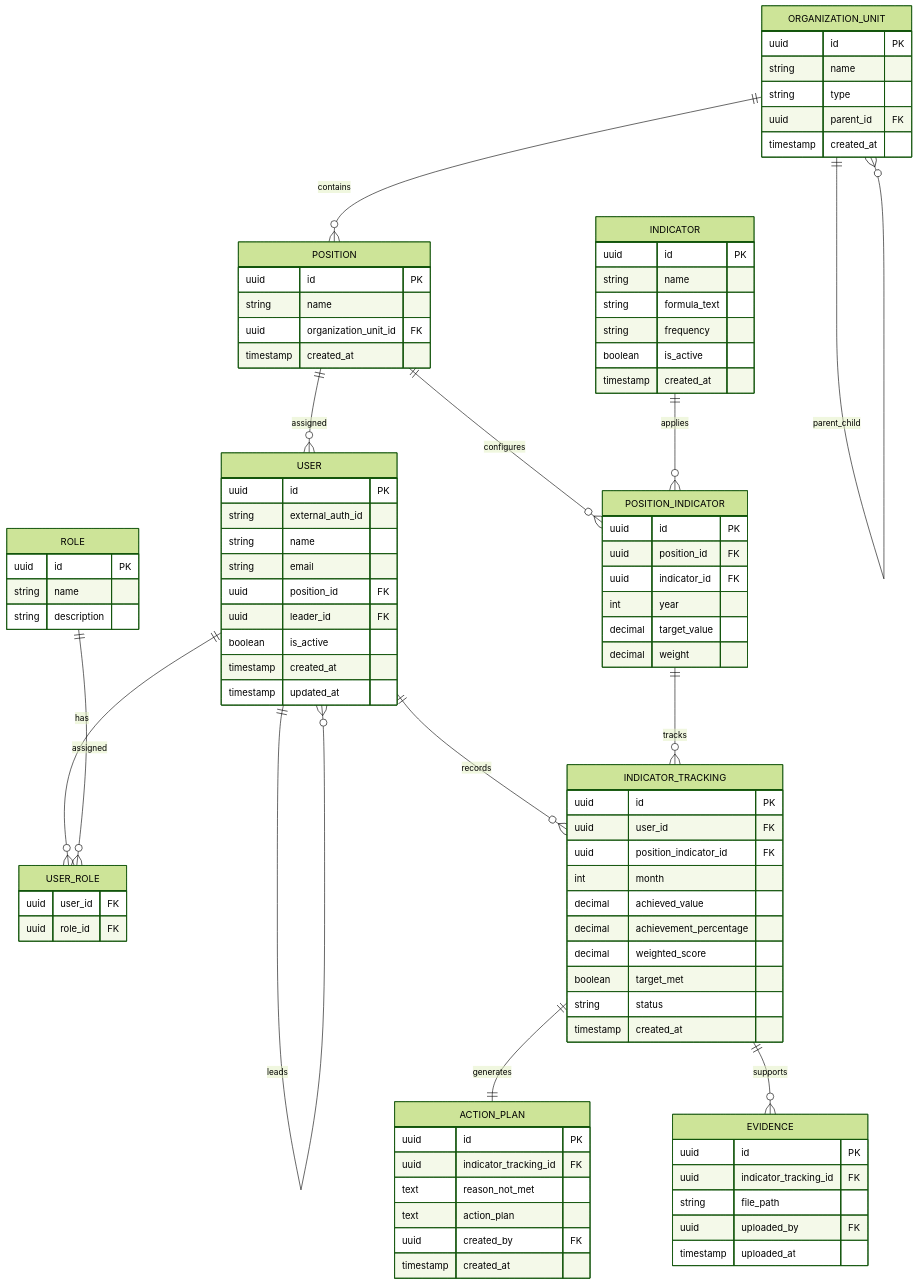
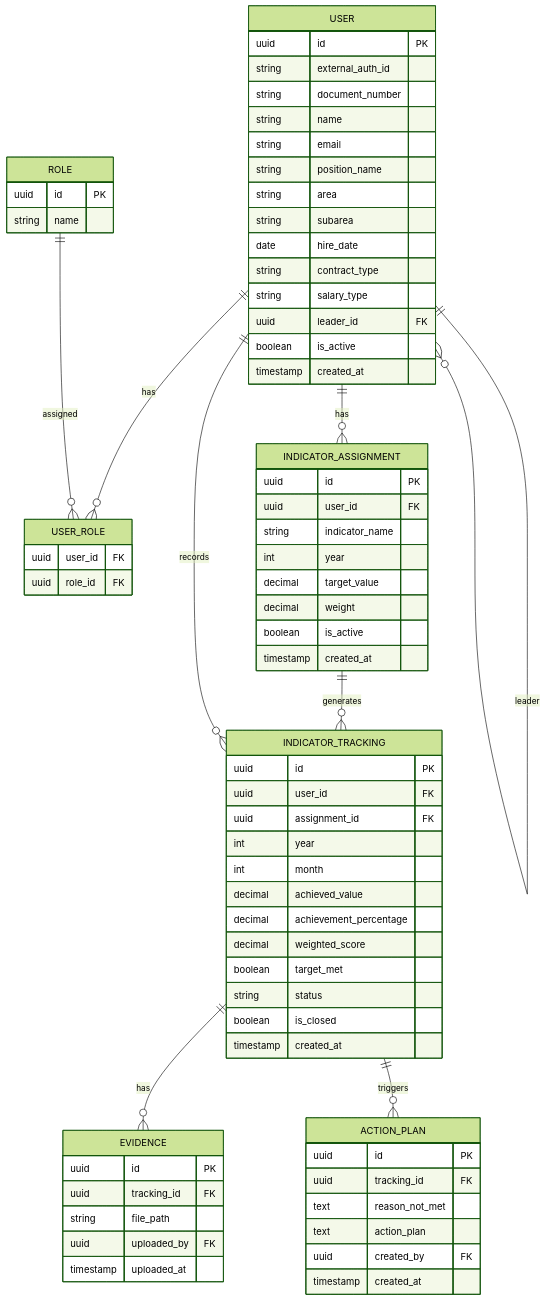
Before and after one commit to ImpreCode1/Plataforma-de-productividad: the diagram in erDiagram.mmd, drawn with Mermaid (forest theme). The commit also changed 28 other files, not shown here.

```diff
--- a/erDiagram.mmd
+++ b/erDiagram.mmd
@@ -1,104 +1,91 @@
 erDiagram
-
-    ORGANIZATION_UNIT {
-        uuid id PK
-        string name
-        string type
-        uuid parent_id FK
-        timestamp created_at
-    }
-
-    POSITION {
-        uuid id PK
-        string name
-        uuid organization_unit_id FK
-        timestamp created_at
-    }
 
     USER {
         uuid id PK
         string external_auth_id
+        string document_number
         string name
         string email
-        uuid position_id FK
+
+        string position_name
+        string area
+        string subarea
+
+        date hire_date
+        string contract_type
+        string salary_type
+
         uuid leader_id FK
+
         boolean is_active
         timestamp created_at
-        timestamp updated_at
     }
 
     ROLE {
         uuid id PK
         string name
-        string description
     }
 
     USER_ROLE {
         uuid user_id FK
         uuid role_id FK
     }
 
-    INDICATOR {
+    INDICATOR_ASSIGNMENT {
         uuid id PK
-        string name
-        string formula_text
-        string frequency
-        boolean is_active
-        timestamp created_at
-    }
-
-    POSITION_INDICATOR {
-        uuid id PK
-        uuid position_id FK
-        uuid indicator_id FK
+        uuid user_id FK
+        string indicator_name
         int year
         decimal target_value
         decimal weight
+        boolean is_active
+        timestamp created_at
     }
 
     INDICATOR_TRACKING {
         uuid id PK
         uuid user_id FK
-        uuid position_indicator_id FK
+        uuid assignment_id FK
+        int year
         int month
+
         decimal achieved_value
         decimal achievement_percentage
         decimal weighted_score
+
         boolean target_met
         string status
+        boolean is_closed
+
         timestamp created_at
+    }
+
+    EVIDENCE {
+        uuid id PK
+        uuid tracking_id FK
+        string file_path
+        uuid uploaded_by FK
+        timestamp uploaded_at
     }
 
     ACTION_PLAN {
         uuid id PK
-        uuid indicator_tracking_id FK
+        uuid tracking_id FK
         text reason_not_met
         text action_plan
         uuid created_by FK
         timestamp created_at
     }
 
-    EVIDENCE {
-        uuid id PK
-        uuid indicator_tracking_id FK
-        string file_path
-        uuid uploaded_by FK
-        timestamp uploaded_at
-    }
-
-    ORGANIZATION_UNIT ||--o{ ORGANIZATION_UNIT : parent_child
-    ORGANIZATION_UNIT ||--o{ POSITION : contains
-    POSITION ||--o{ USER : assigned
-    USER ||--o{ USER : leads
+    USER ||--o{ USER : leader
 
     USER ||--o{ USER_ROLE : has
     ROLE ||--o{ USER_ROLE : assigned
 
-    POSITION ||--o{ POSITION_INDICATOR : configures
-    INDICATOR ||--o{ POSITION_INDICATOR : applies
+    USER ||--o{ INDICATOR_ASSIGNMENT : has
+    INDICATOR_ASSIGNMENT ||--o{ INDICATOR_TRACKING : generates
 
     USER ||--o{ INDICATOR_TRACKING : records
-    POSITION_INDICATOR ||--o{ INDICATOR_TRACKING : tracks
 
-    INDICATOR_TRACKING ||--|| ACTION_PLAN : generates
-    INDICATOR_TRACKING ||--o{ EVIDENCE : supports
+    INDICATOR_TRACKING ||--o{ EVIDENCE : has
+    INDICATOR_TRACKING ||--o{ ACTION_PLAN : triggers
```
